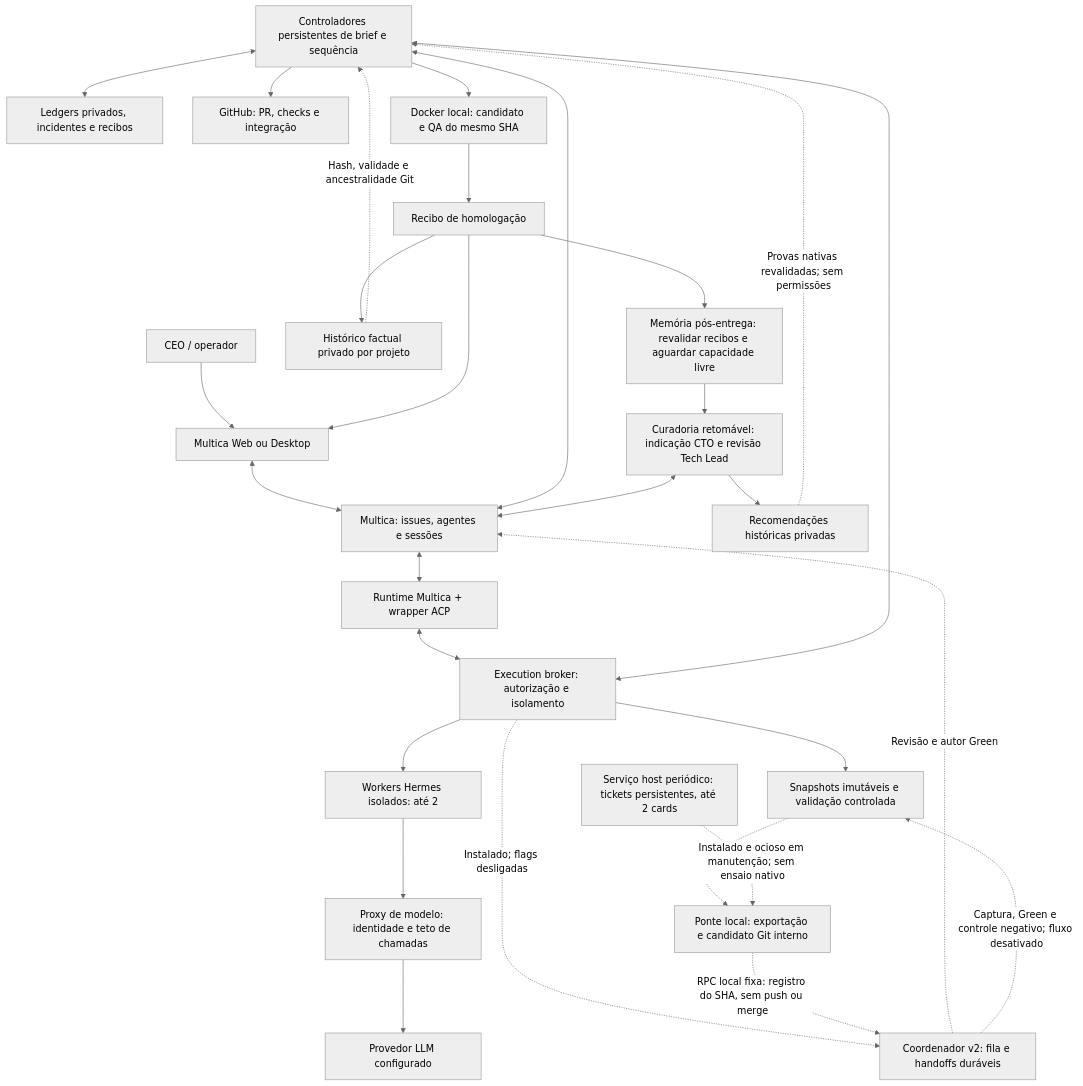
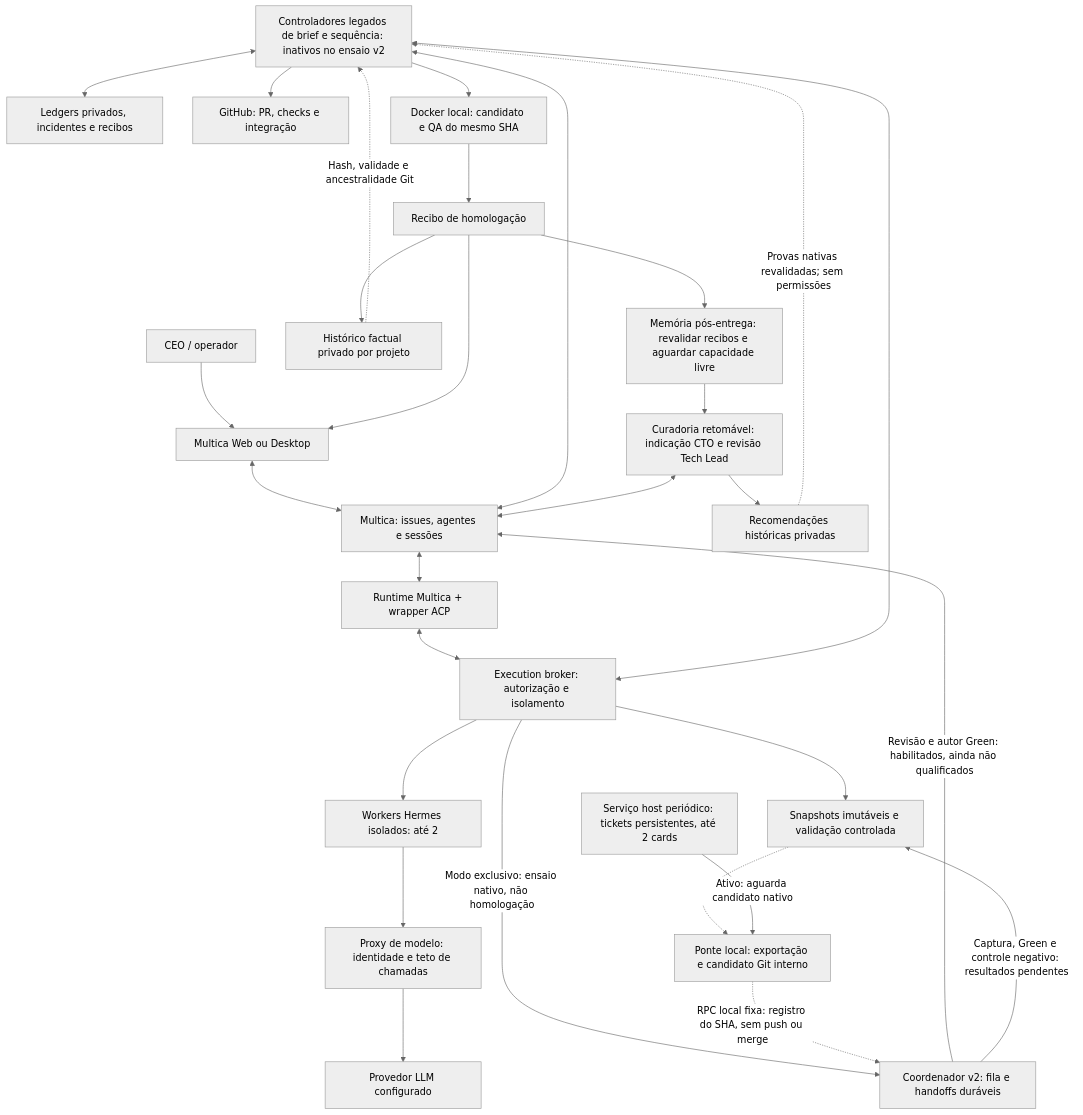
One commit to codifydeep/fabriquinha changed the first of 8 diagrams in README.md. Above: the diagram before and after it, drawn with Mermaid (neutral theme). The commit also changed other lines of this file and 4 other files, not shown here.

````diff
--- a/README.md
+++ b/README.md
@@ -463,31 +466,31 @@
 ```mermaid
 flowchart TB
     CEO[CEO / operador] --> UI[Multica Web ou Desktop]
     UI <--> MC[Multica: issues, agentes e sessões]
     MC <--> RT[Runtime Multica + wrapper ACP]
     RT <--> B[Execution broker: autorização e isolamento]
-    S[Controladores persistentes de brief e sequência] <--> MC
+    S[Controladores legados de brief e sequência: inativos no ensaio v2] <--> MC
     S <--> B
     S <--> L[Ledgers privados, incidentes e recibos]
     B --> W[Workers Hermes isolados: até 2]
     W --> P[Proxy de modelo: identidade e teto de chamadas]
     P --> M[Provedor LLM configurado]
     B --> E[Snapshots imutáveis e validação controlada]
-    B -.->|Instalado; flags desligadas| V2[Coordenador v2: fila e handoffs duráveis]
-    V2 -.->|Revisão e autor Green| MC
-    V2 -.->|Captura, Green e controle negativo; fluxo desativado| E
+    B -->|Modo exclusivo: ensaio nativo, não homologação| V2[Coordenador v2: fila e handoffs duráveis]
+    V2 -->|Revisão e autor Green: habilitados, ainda não qualificados| MC
+    V2 -->|Captura, Green e controle negativo: resultados pendentes| E
     E -.-> GX[Ponte local: exportação e candidato Git interno]
     GX -.->|RPC local fixa: registro do SHA, sem push ou merge| V2
-    GD[Serviço host periódico: tickets persistentes, até 2 cards] -.->|Instalado e ocioso em manutenção; sem ensaio nativo| GX
+    GD[Serviço host periódico: tickets persistentes, até 2 cards] -->|Ativo: aguarda candidato nativo| GX
     S --> GH[GitHub: PR, checks e integração]
     S --> QA[Docker local: candidato e QA do mesmo SHA]
     QA --> R[Recibo de homologação]
     R --> UI
     R --> HF[Histórico factual privado por projeto]
     HF -.->|Hash, validade e ancestralidade Git| S
     R --> MQ[Memória pós-entrega: revalidar recibos e aguardar capacidade livre]
     MQ --> C[Curadoria retomável: indicação CTO e revisão Tech Lead]
     C <--> MC
     C --> K[Recomendações históricas privadas]
     K -.->|Provas nativas revalidadas; sem permissões| S
 ```
````
